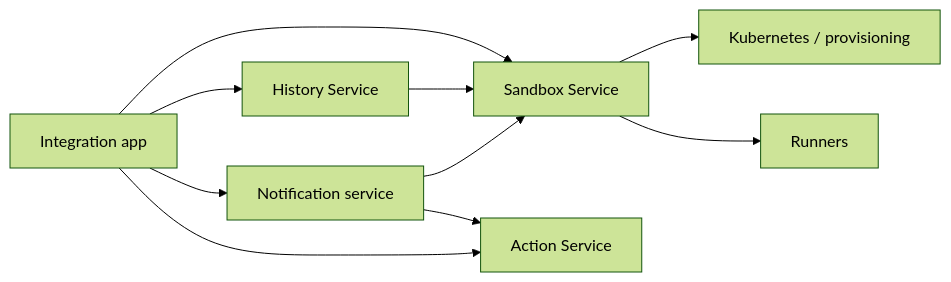
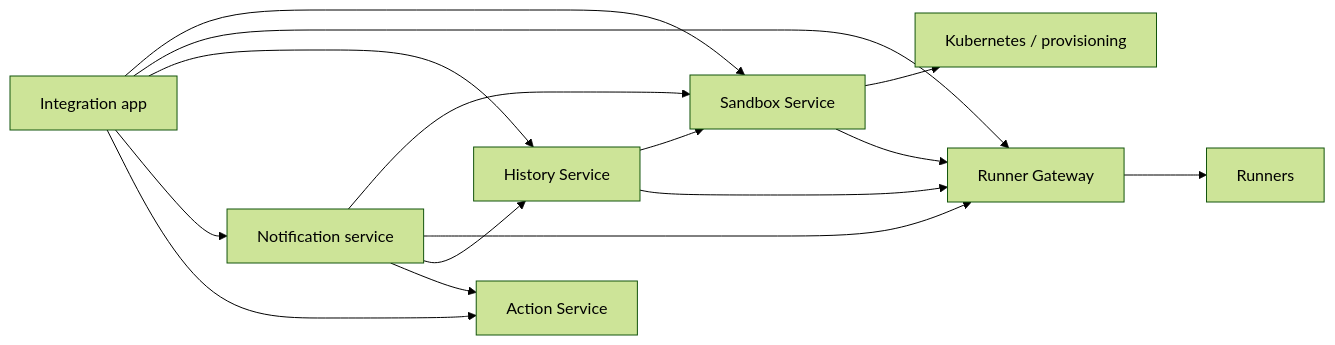
The diagram in agentplane/docs/service_boundaries.md (agentydragon-agent/ducktape), drawn with Mermaid (forest theme) before and after one commit. The commit also changed other lines of this file and 11 other files, not shown here.

First line of the commit message:
agentplane: docs give the Runner Gateway its jobs (#10016)

````diff
--- a/agentplane/docs/service_boundaries.md
+++ b/agentplane/docs/service_boundaries.md
@@ -11,12 +11,17 @@
 ```mermaid
 flowchart LR
     App[Integration app] --> Sandbox[Sandbox Service]
+    App --> Gateway[Runner Gateway]
     App --> History[History Service]
     History --> Sandbox
+    History --> Gateway
     App --> Notifications[Notification service]
     App --> Actions[Action Service]
     Notifications --> Sandbox
+    Notifications --> Gateway
+    Notifications --> History
     Notifications --> Actions
     Sandbox --> Kubernetes[Kubernetes / provisioning]
-    Sandbox --> Runners[Runners]
+    Sandbox --> Gateway
+    Gateway --> Runners[Runners]
 ```
````
